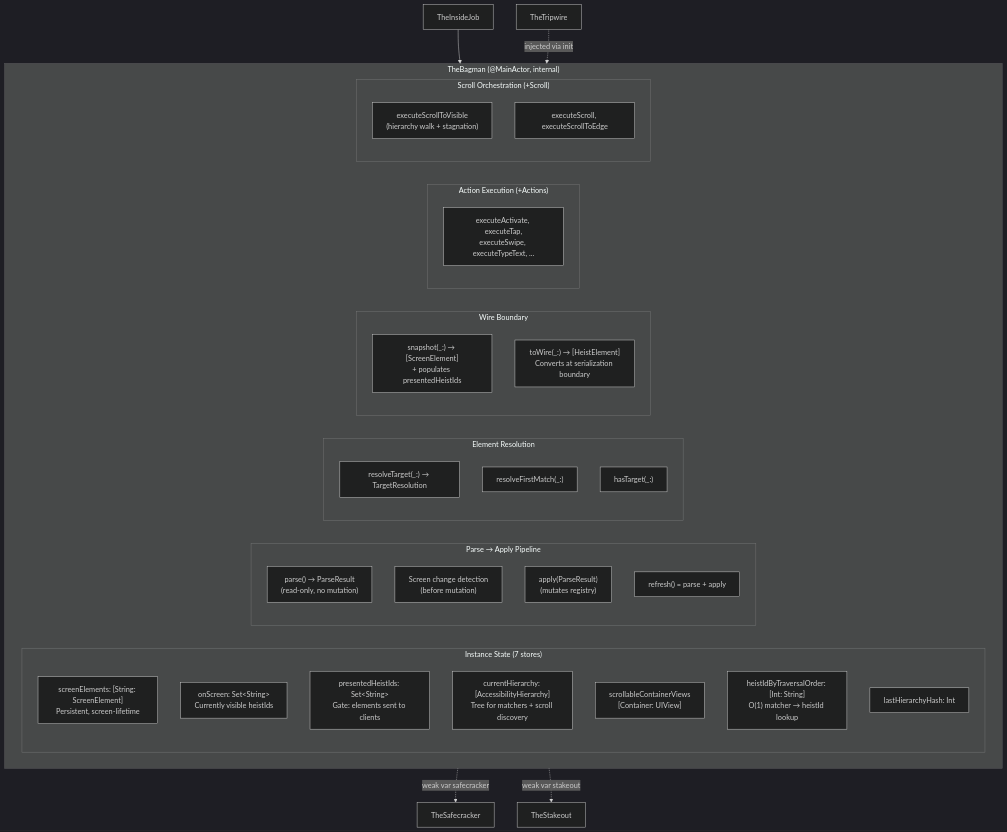
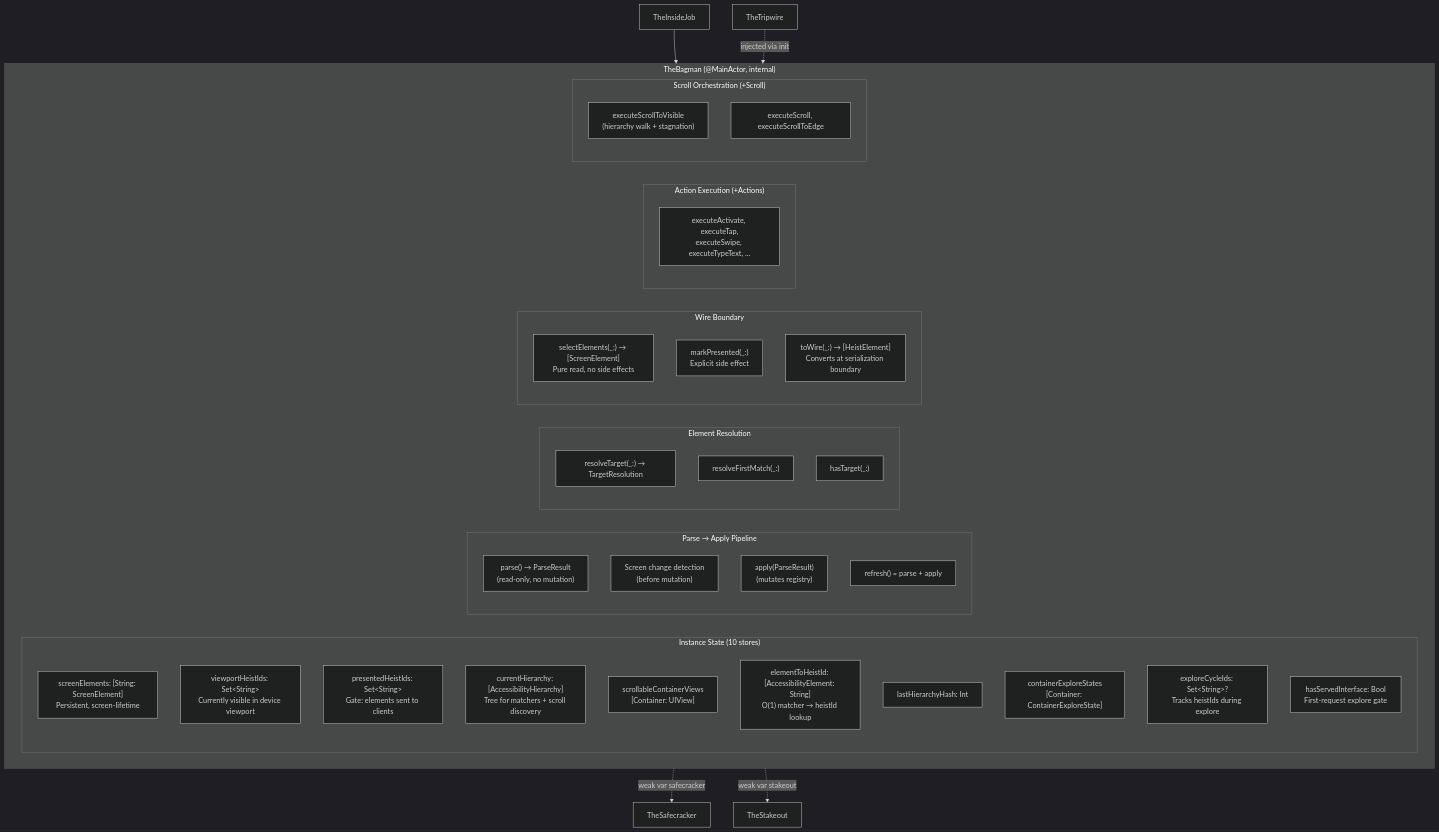
Before and after one commit to RoyalPineapple/TheButtonHeist: the second of 7 diagrams in docs/dossiers/13-THEBAGMAN.md, drawn with Mermaid (dark theme). The commit also changed other lines of this file and 29 other files, not shown here.

First line of the commit message:
Post-action re-explore, screenId, readability audit, hook fix (#233)

````diff
--- a/docs/dossiers/13-THEBAGMAN.md
+++ b/docs/dossiers/13-THEBAGMAN.md
@@ -65,46 +66,50 @@
 ```mermaid
 graph TD
     subgraph TheBagman["TheBagman (@MainActor, internal)"]
-        subgraph Stores["Instance State (7 stores)"]
+        subgraph Stores["Instance State (10 stores)"]
             Registry["screenElements: [String: ScreenElement]<br/>Persistent, screen-lifetime"]
-            OnScreen["onScreen: Set&lt;String&gt;<br/>Currently visible heistIds"]
+            Viewport["viewportHeistIds: Set&lt;String&gt;<br/>Currently visible in device viewport"]
             Presented["presentedHeistIds: Set&lt;String&gt;<br/>Gate: elements sent to clients"]
             Hierarchy["currentHierarchy: [AccessibilityHierarchy]<br/>Tree for matchers + scroll discovery"]
             ScrollViews["scrollableContainerViews<br/>[Container: UIView]"]
-            ReverseIdx["heistIdByTraversalOrder: [Int: String]<br/>O(1) matcher → heistId lookup"]
+            ReverseIdx["elementToHeistId: [AccessibilityElement: String]<br/>O(1) matcher → heistId lookup"]
             Hash["lastHierarchyHash: Int"]
+            ContainerCache["containerExploreStates<br/>[Container: ContainerExploreState]"]
+            ExploreCycle["exploreCycleIds: Set&lt;String&gt;?<br/>Tracks heistIds during explore"]
+            ServedFlag["hasServedInterface: Bool<br/>First-request explore gate"]
         end
 
         subgraph Pipeline["Parse → Apply Pipeline"]
             Parse["parse() → ParseResult<br/>(read-only, no mutation)"]
             Detect["Screen change detection<br/>(before mutation)"]
             Apply["apply(ParseResult)<br/>(mutates registry)"]
             Refresh["refresh() = parse + apply"]
         end
 
         subgraph Resolution["Element Resolution"]
             ResolveTarget["resolveTarget(_:) → TargetResolution"]
             ResolveFirstMatch["resolveFirstMatch(_:)"]
             HasTarget["hasTarget(_:)"]
         end
 
         subgraph Wire["Wire Boundary"]
-            Snapshot["snapshot(_:) → [ScreenElement]<br/>+ populates presentedHeistIds"]
+            Select["selectElements(_:) → [ScreenElement]<br/>Pure read, no side effects"]
+            Mark["markPresented(_:)<br/>Explicit side effect"]
             ToWire["toWire(_:) → [HeistElement]<br/>Converts at serialization boundary"]
         end
 
         subgraph Actions["Action Execution (+Actions)"]
             Activate["executeActivate, executeTap,<br/>executeSwipe, executeTypeText, ..."]
         end
 
         subgraph Scrolling["Scroll Orchestration (+Scroll)"]
             ScrollVis["executeScrollToVisible<br/>(hierarchy walk + stagnation)"]
             ScrollCmd["executeScroll, executeScrollToEdge"]
         end
     end
 
     TheInsideJob["TheInsideJob"] --> TheBagman
     TheTripwire["TheTripwire"] -.->|injected via init| TheBagman
     TheBagman -.->|"weak var safecracker"| TheSafecracker["TheSafecracker"]
     TheBagman -.->|"weak var stakeout"| TheStakeout["TheStakeout"]
 ```
````
